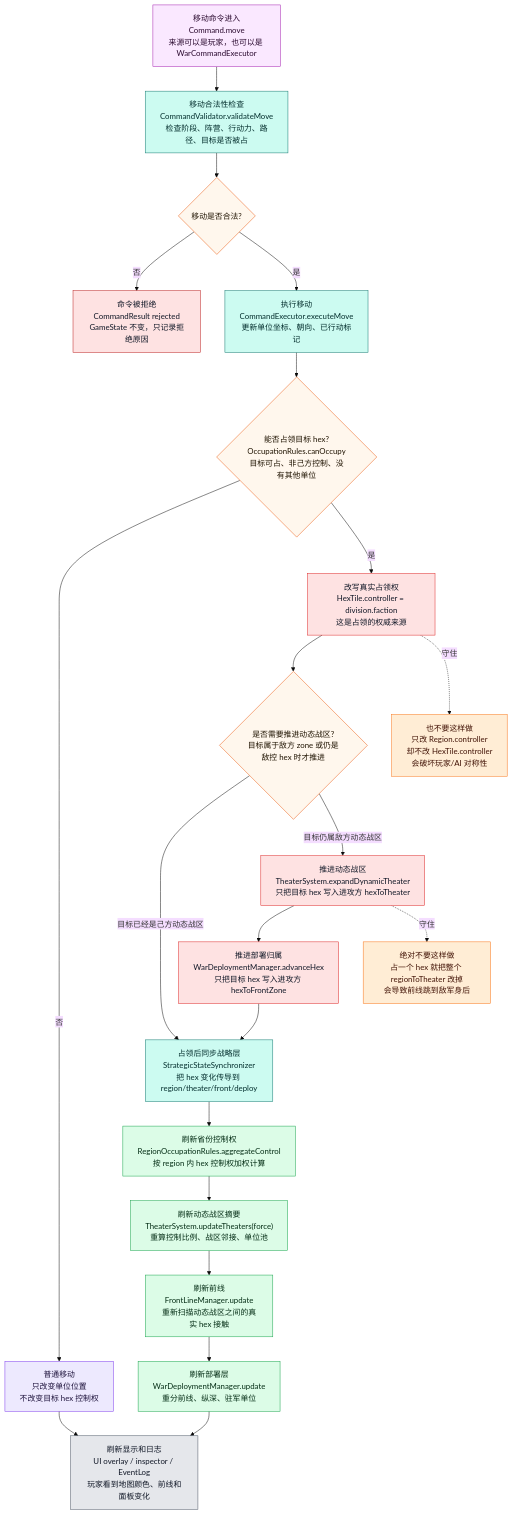
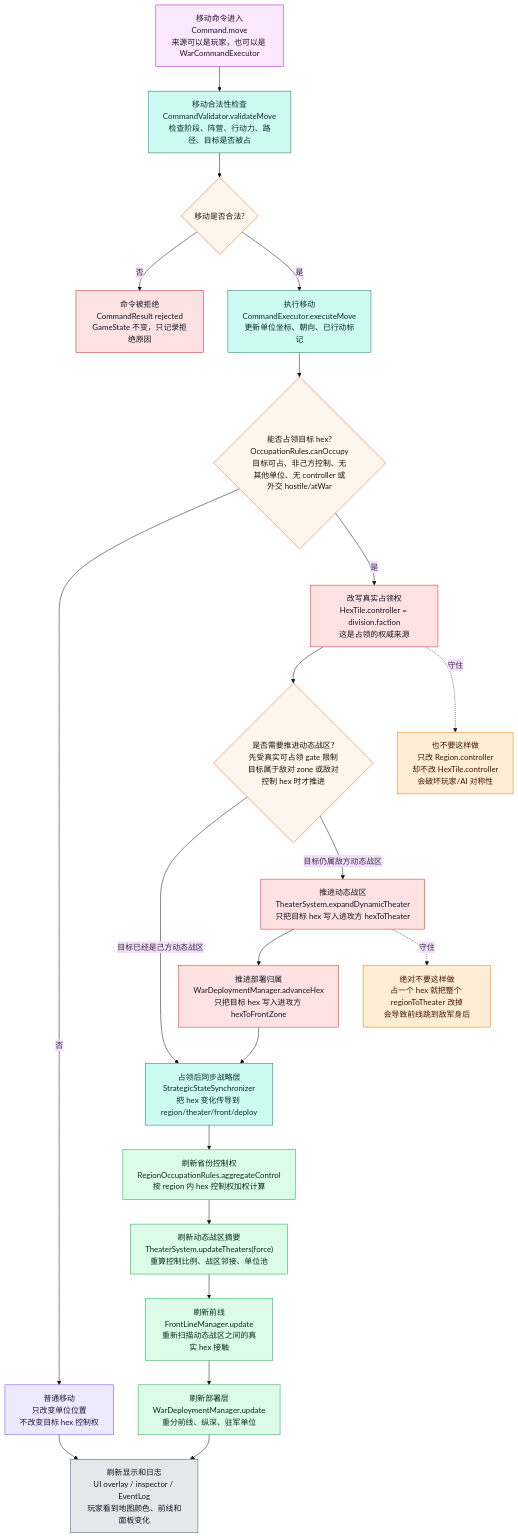
Before and after one commit to Altman-sam114/121: the second of 9 diagrams in md/flow/flowchart.md, drawn with Mermaid (base theme). The commit also changed 3 other files, not shown here.

Commit message:
docs(flow): clarify nonhostile occupation gate

````diff
--- a/md/flow/flowchart.md
+++ b/md/flow/flowchart.md
@@ -197,44 +197,44 @@
 ```mermaid
 flowchart TD
     A["移动命令进入<br/>Command.move<br/>来源可以是玩家，也可以是 WarCommandExecutor"]:::command
     B["移动合法性检查<br/>CommandValidator.validateMove<br/>检查阶段、阵营、行动力、路径、目标是否被占"]:::rules
     C{"移动是否合法?"}:::decision
     R["命令被拒绝<br/>CommandResult rejected<br/>GameState 不变，只记录拒绝原因"]:::stop
     M["执行移动<br/>CommandExecutor.executeMove<br/>更新单位坐标、朝向、已行动标记"]:::rules
-    O{"能否占领目标 hex?<br/>OccupationRules.canOccupy<br/>目标可占、非己方控制、没有其他单位"}:::decision
+    O{"能否占领目标 hex?<br/>OccupationRules.canOccupy<br/>目标可占、非己方控制、无其他单位、无 controller 或外交 hostile/atWar"}:::decision
     NO["普通移动<br/>只改变单位位置<br/>不改变目标 hex 控制权"]:::state
     HC["改写真实占领权<br/>HexTile.controller = division.faction<br/>这是占领的权威来源"]:::authority
-    SA{"是否需要推进动态战区?<br/>目标属于敌方 zone 或仍是敌控 hex 时才推进"}:::decision
+    SA{"是否需要推进动态战区?<br/>先受真实可占领 gate 限制<br/>目标属于敌对 zone 或敌对控制 hex 时才推进"}:::decision
     ET["推进动态战区<br/>TheaterSystem.expandDynamicTheater<br/>只把目标 hex 写入进攻方 hexToTheater"]:::authority
     AF["推进部署归属<br/>WarDeploymentManager.advanceHex<br/>只把目标 hex 写入进攻方 hexToFrontZone"]:::authority
     SS["占领后同步战略层<br/>StrategicStateSynchronizer<br/>把 hex 变化传导到 region/theater/front/deploy"]:::rules
     RO["刷新省份控制权<br/>RegionOccupationRules.aggregateControl<br/>按 region 内 hex 控制权加权计算"]:::derived
     TU["刷新动态战区摘要<br/>TheaterSystem.updateTheaters(force)<br/>重算控制比例、战区邻接、单位池"]:::derived
     FU["刷新前线<br/>FrontLineManager.update<br/>重新扫描动态战区之间的真实 hex 接触"]:::derived
     DU["刷新部署层<br/>WarDeploymentManager.update<br/>重分前线、纵深、驻军单位"]:::derived
     UI["刷新显示和日志<br/>UI overlay / inspector / EventLog<br/>玩家看到地图颜色、前线和面板变化"]:::ui
 
     A --> B --> C
     C -->|否| R
     C -->|是| M --> O
     O -->|否| NO --> UI
     O -->|是| HC --> SA
     SA -->|目标已经是己方动态战区| SS
     SA -->|目标仍属敌方动态战区| ET --> AF --> SS
     SS --> RO --> TU --> FU --> DU --> UI
 
     WARN1["绝对不要这样做<br/>占一个 hex 就把整个 regionToTheater 改掉<br/>会导致前线跳到敌军身后"]:::warn
     WARN2["也不要这样做<br/>只改 Region.controller<br/>却不改 HexTile.controller<br/>会破坏玩家/AI 对称性"]:::warn
     ET -.守住.-> WARN1
     HC -.守住.-> WARN2
 
     classDef command fill:#fae8ff,stroke:#a21caf,color:#2a0a2f
     classDef rules fill:#ccfbf1,stroke:#0f766e,color:#042f2e
     classDef decision fill:#fff7ed,stroke:#ea580c,color:#1f1300
     classDef stop fill:#fee2e2,stroke:#b91c1c,color:#111827
     classDef state fill:#ede9fe,stroke:#7c3aed,color:#1f143d
     classDef authority fill:#fee2e2,stroke:#dc2626,color:#111827
     classDef derived fill:#dcfce7,stroke:#16a34a,color:#052e16
     classDef ui fill:#e5e7eb,stroke:#4b5563,color:#111827
     classDef warn fill:#ffedd5,stroke:#f97316,color:#431407
 ```
````
